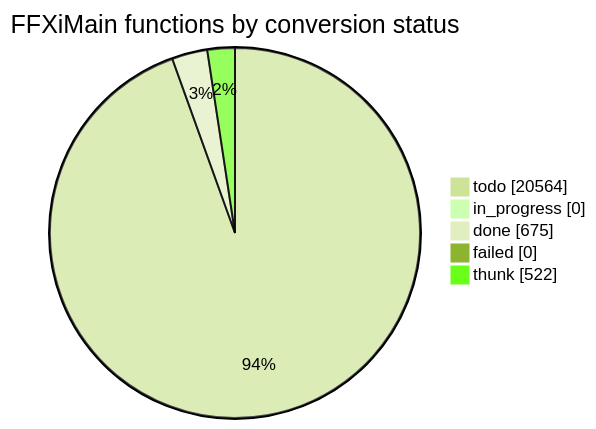
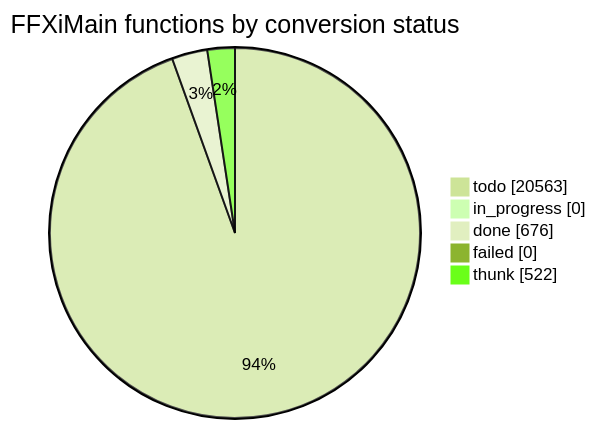
The diagram in docs/cow/STATUS.md (cowrevenge/cow_kuluu_xi_anything), drawn with Mermaid (forest theme) before and after one commit. The commit also changed other lines of this file and 9 other files, not shown here.

````diff
--- a/docs/cow/STATUS.md
+++ b/docs/cow/STATUS.md
@@ -18,9 +18,9 @@
 ```mermaid
 pie showData
     title FFXiMain functions by conversion status
-    "todo" : 20564
+    "todo" : 20563
     "in_progress" : 0
-    "done" : 675
+    "done" : 676
     "failed" : 0
     "thunk" : 522
 ```
````
